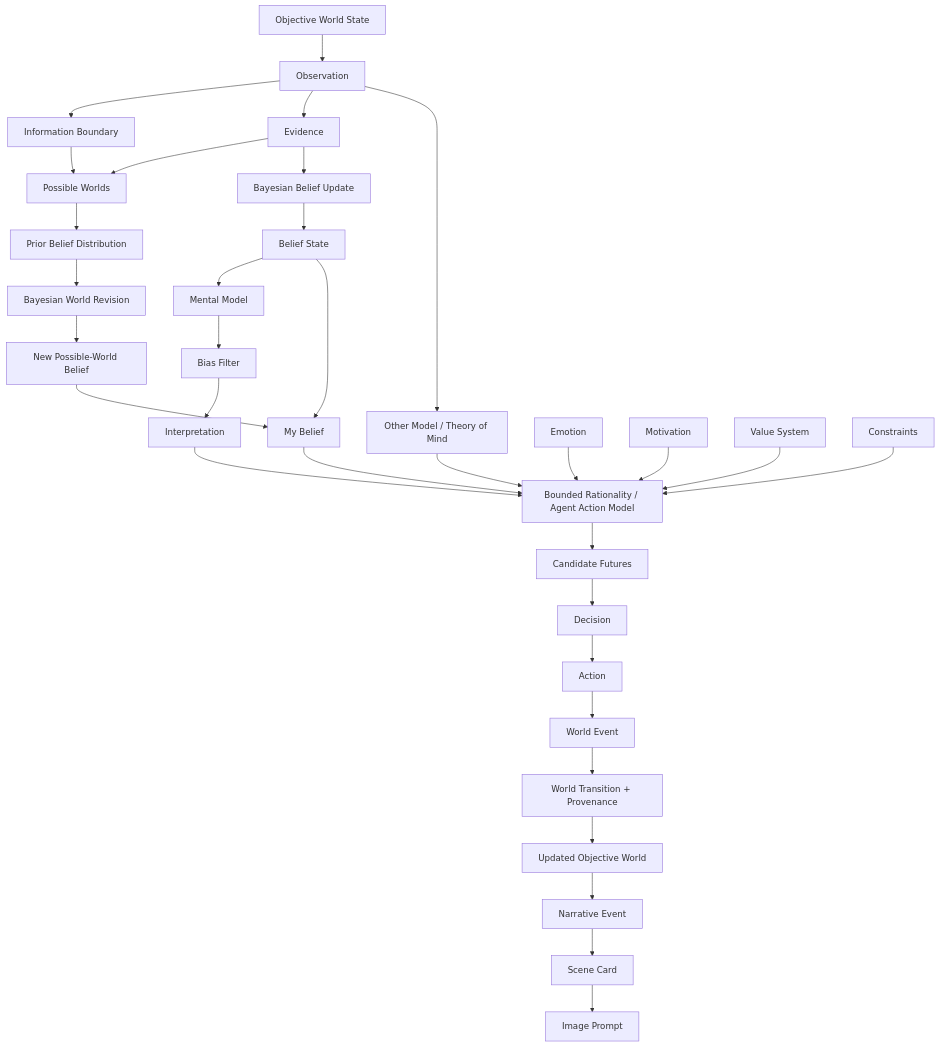
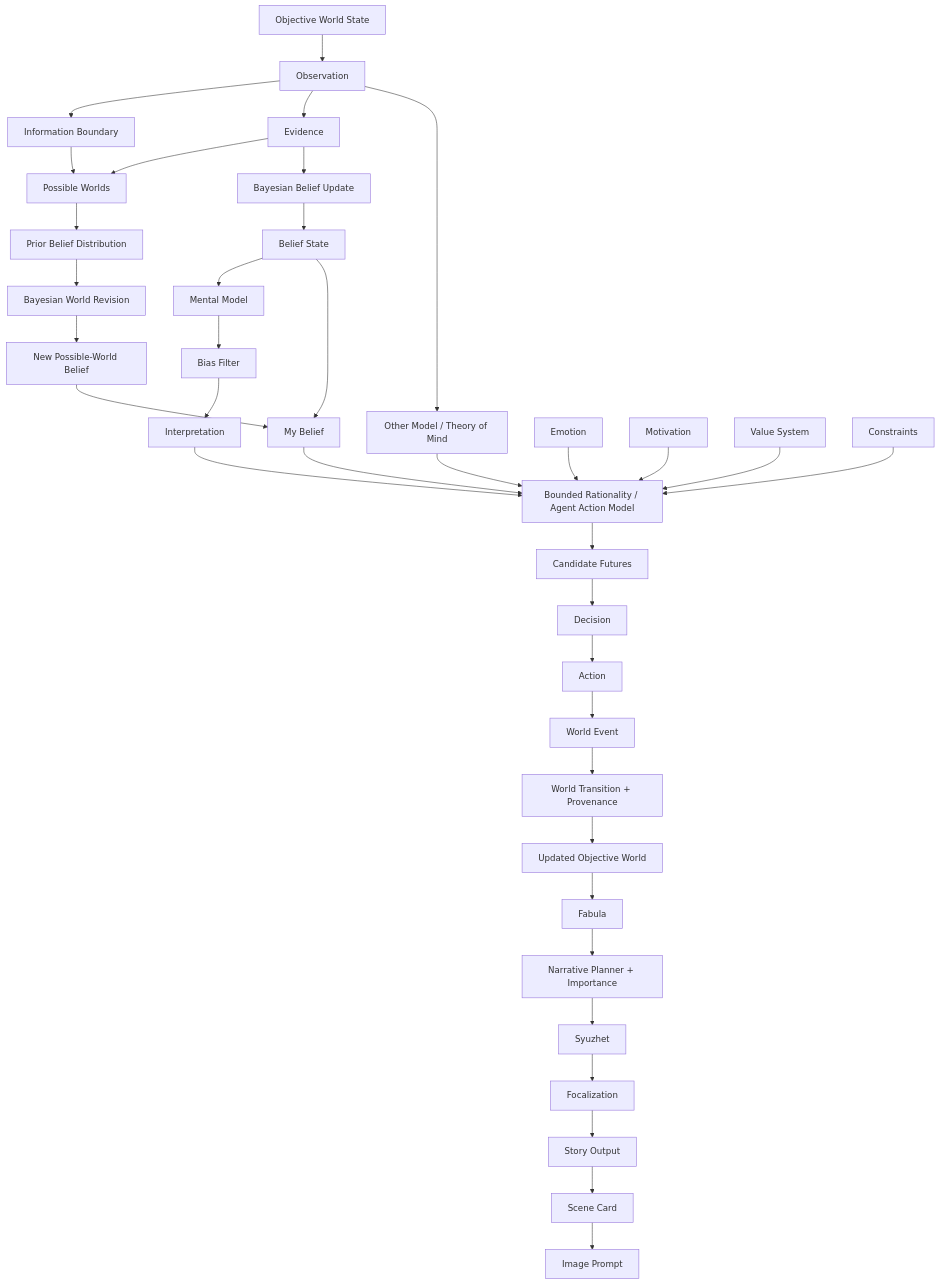
One commit to Spring0602/aigc_story_world changed the diagram in README.md. Above: the diagram before and after it, drawn with Mermaid. The commit also changed other lines of this file and 20 other files, not shown here.

````diff
--- a/README.md
+++ b/README.md
@@ -58,38 +59,42 @@
 ```mermaid
 flowchart TD
     W[Objective World State] --> O[Observation]
     O --> IB[Information Boundary]
     O --> E[Evidence]
     IB --> PW[Possible Worlds]
     E --> PW
     PW --> PBD[Prior Belief Distribution]
     PBD --> BWR[Bayesian World Revision]
     BWR --> NWB[New Possible-World Belief]
     E --> BBU[Bayesian Belief Update]
     BBU --> BS[Belief State]
     BS --> MM[Mental Model]
     MM --> BF[Bias Filter]
     BF --> I[Interpretation]
 
     BS --> MB[My Belief]
     NWB --> MB
     O --> OM[Other Model / Theory of Mind]
     MB --> BR[Bounded Rationality / Agent Action Model]
     OM --> BR
     I --> BR
     EM[Emotion] --> BR
     MOT[Motivation] --> BR
     VS[Value System] --> BR
     C[Constraints] --> BR
     BR --> CF[Candidate Futures]
     CF --> D[Decision]
 
     D --> A[Action]
     A --> WE[World Event]
     WE --> WT[World Transition + Provenance]
     WT --> W2[Updated Objective World]
 
-    W2 --> NE[Narrative Event]
-    NE --> SC[Scene Card]
+    W2 --> FAB[Fabula]
+    FAB --> NP[Narrative Planner + Importance]
+    NP --> SY[Syuzhet]
+    SY --> FO[Focalization]
+    FO --> SO[Story Output]
+    SO --> SC[Scene Card]
     SC --> IP[Image Prompt]
 ```
````
